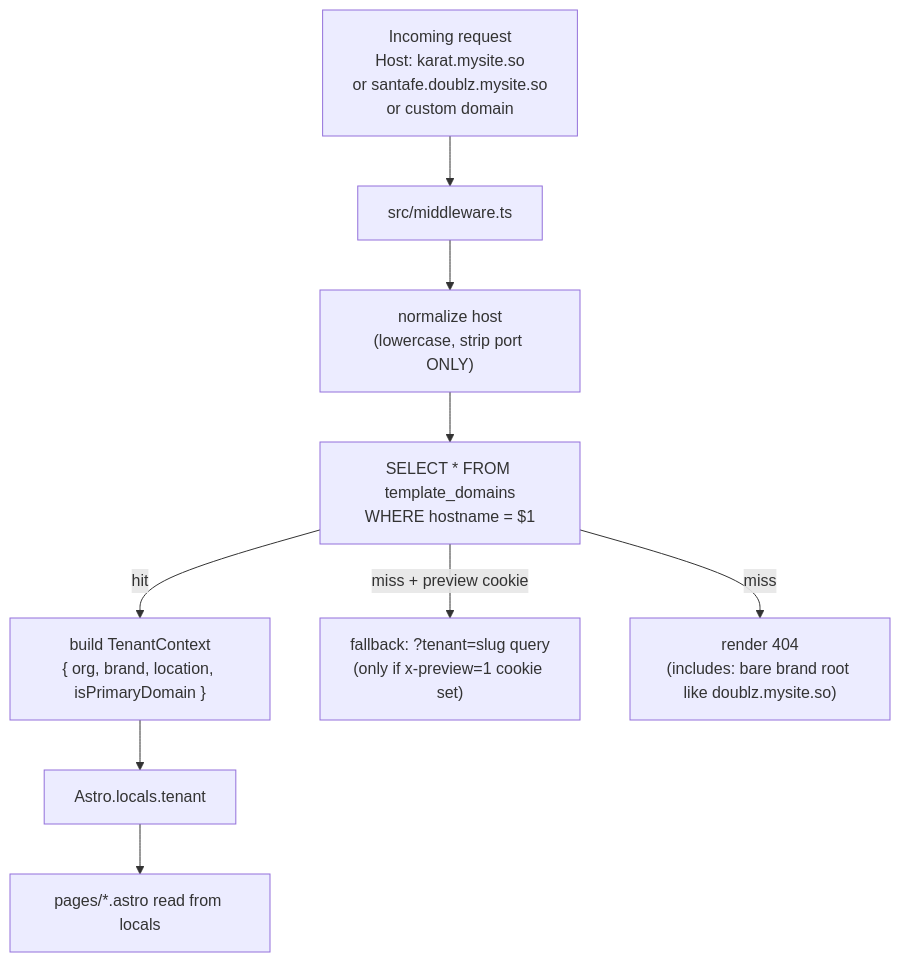
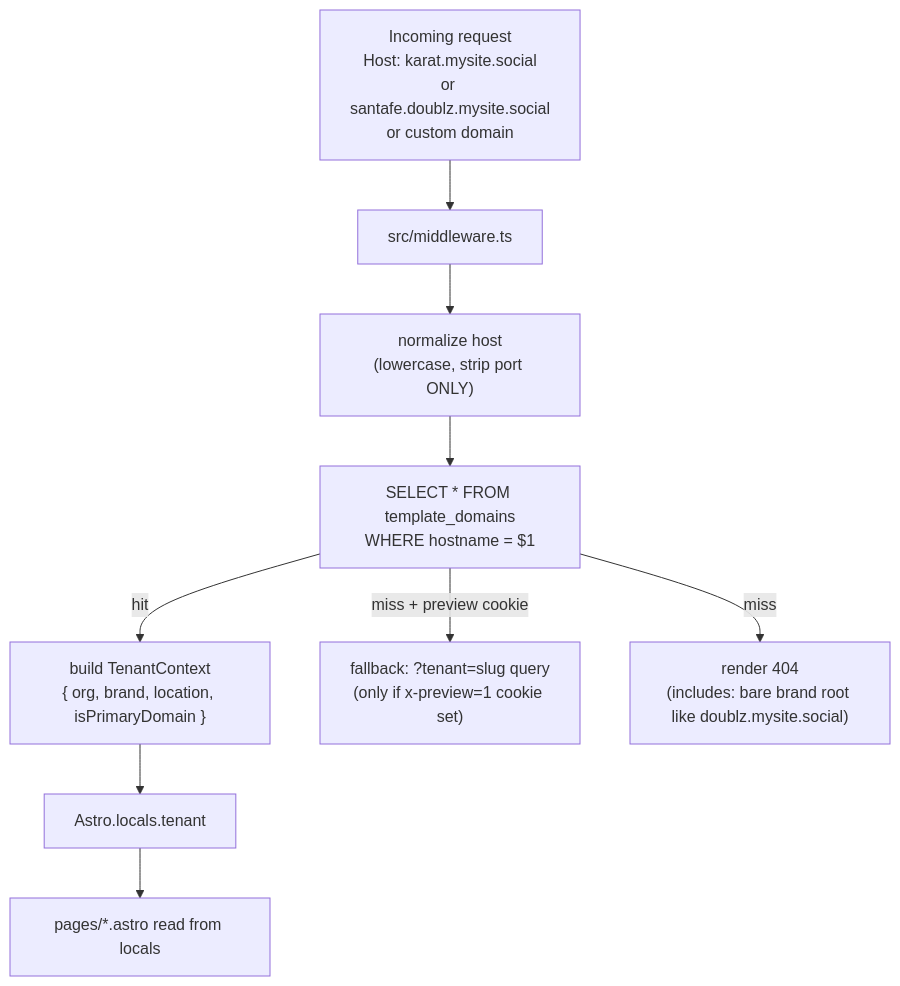
Before and after one commit to mysite-ai/website-template: the second of 2 diagrams in .cursor/plans/mysite_restaurant_template_823aea5f.plan.md, drawn with Mermaid. The commit also changed other lines of this file and 10 other files, not shown here.

First line of the commit message:
Domain rename mysite.so → mysite.social + full docs pass

````diff
--- a/.cursor/plans/mysite_restaurant_template_823aea5f.plan.md
+++ b/.cursor/plans/mysite_restaurant_template_823aea5f.plan.md
@@ -162,11 +162,11 @@
 ```mermaid
 flowchart TD
-  Req["Incoming request<br/>Host: karat.mysite.so<br/>or santafe.doublz.mysite.so<br/>or custom domain"] --> MW["src/middleware.ts"]
+  Req["Incoming request<br/>Host: karat.mysite.social<br/>or santafe.doublz.mysite.social<br/>or custom domain"] --> MW["src/middleware.ts"]
   MW --> Norm["normalize host<br/>(lowercase, strip port ONLY)"]
   Norm --> Look["SELECT * FROM template_domains<br/>WHERE hostname = $1"]
   Look -->|hit| Ctx["build TenantContext<br/>{ org, brand, location, isPrimaryDomain }"]
   Look -->|miss + preview cookie| Query["fallback: ?tenant=slug query<br/>(only if x-preview=1 cookie set)"]
-  Look -->|miss| NF["render 404<br/>(includes: bare brand root like doublz.mysite.so)"]
+  Look -->|miss| NF["render 404<br/>(includes: bare brand root like doublz.mysite.social)"]
   Ctx --> Astro["Astro.locals.tenant"]
   Astro --> Page["pages/*.astro read from locals"]
 ```
````
